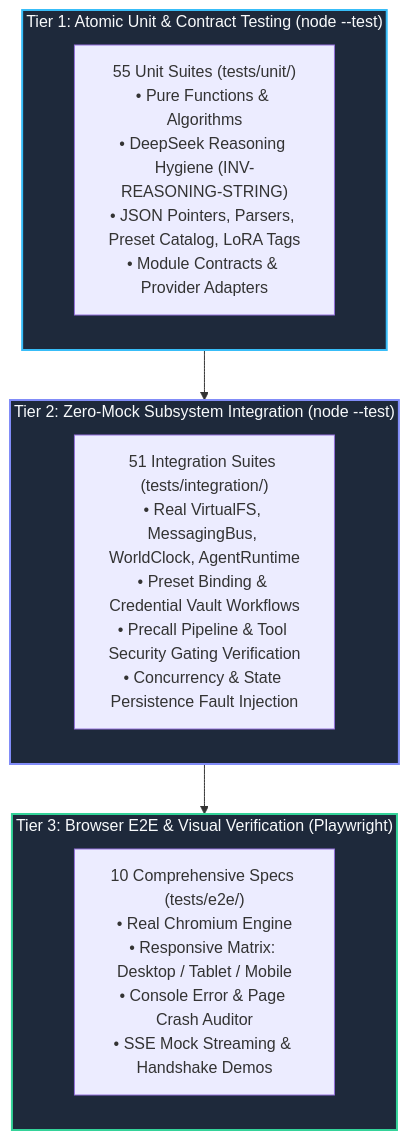
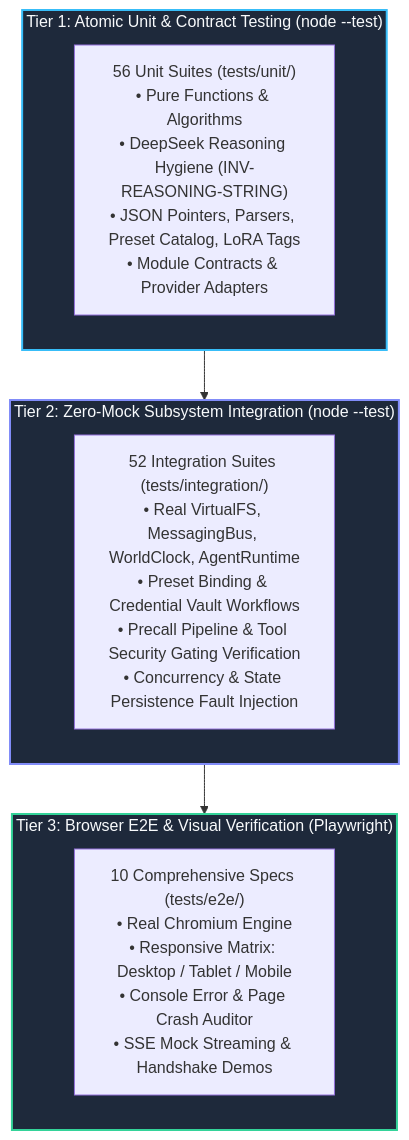
Before and after one commit to crestfallnafterdark/nightcurtain: the first of 3 diagrams in docs/testing/testing_strategy.md, drawn with Mermaid. The commit also changed other lines of this file and 4 other files, not shown here.

````diff
--- a/docs/testing/testing_strategy.md
+++ b/docs/testing/testing_strategy.md
@@ -15,24 +15,24 @@
 ```mermaid
 graph TD
     subgraph L3["Tier 3: Browser E2E & Visual Verification (Playwright)"]
         E2E["10 Comprehensive Specs (tests/e2e/)<br/>• Real Chromium Engine<br/>• Responsive Matrix: Desktop / Tablet / Mobile<br/>• Console Error & Page Crash Auditor<br/>• SSE Mock Streaming & Handshake Demos"]
     end
 
     subgraph L2["Tier 2: Zero-Mock Subsystem Integration (node --test)"]
-        INT["51 Integration Suites (tests/integration/)<br/>• Real VirtualFS, MessagingBus, WorldClock, AgentRuntime<br/>• Preset Binding & Credential Vault Workflows<br/>• Precall Pipeline & Tool Security Gating Verification<br/>• Concurrency & State Persistence Fault Injection"]
+        INT["52 Integration Suites (tests/integration/)<br/>• Real VirtualFS, MessagingBus, WorldClock, AgentRuntime<br/>• Preset Binding & Credential Vault Workflows<br/>• Precall Pipeline & Tool Security Gating Verification<br/>• Concurrency & State Persistence Fault Injection"]
     end
 
     subgraph L1["Tier 1: Atomic Unit & Contract Testing (node --test)"]
-        UNIT["55 Unit Suites (tests/unit/)<br/>• Pure Functions & Algorithms<br/>• DeepSeek Reasoning Hygiene (INV-REASONING-STRING)<br/>• JSON Pointers, Parsers, Preset Catalog, LoRA Tags<br/>• Module Contracts & Provider Adapters"]
+        UNIT["56 Unit Suites (tests/unit/)<br/>• Pure Functions & Algorithms<br/>• DeepSeek Reasoning Hygiene (INV-REASONING-STRING)<br/>• JSON Pointers, Parsers, Preset Catalog, LoRA Tags<br/>• Module Contracts & Provider Adapters"]
     end
 
     L1 --> L2
     L2 --> L3
 
     classDef l1 fill:#1e293b,stroke:#38bdf8,stroke-width:2px,color:#f8fafc;
     classDef l2 fill:#1e293b,stroke:#818cf8,stroke-width:2px,color:#f8fafc;
     classDef l3 fill:#1e293b,stroke:#34d399,stroke-width:2px,color:#f8fafc;
     class L1 l1;
     class L2 l2;
     class L3 l3;
 ```
````
